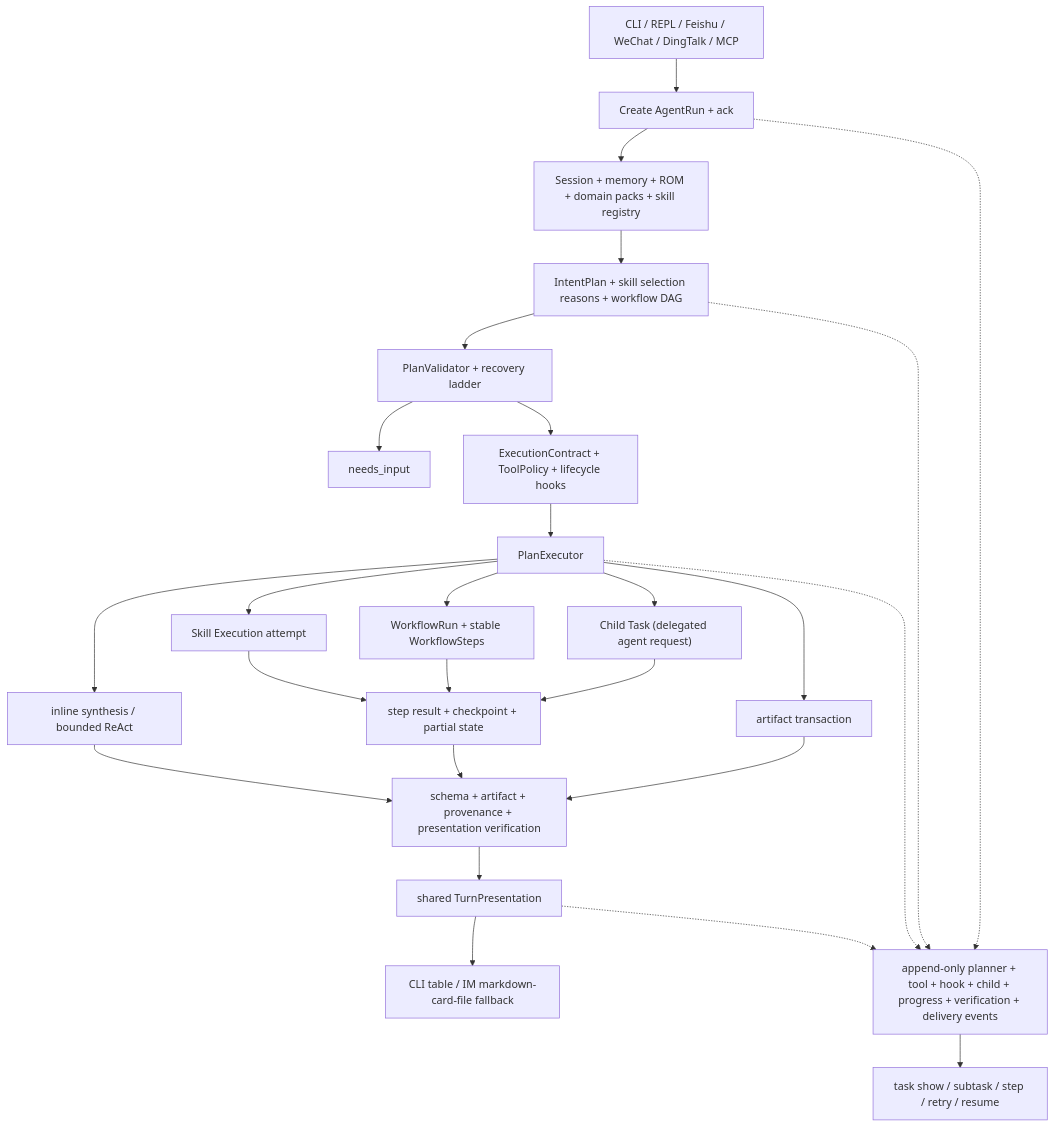
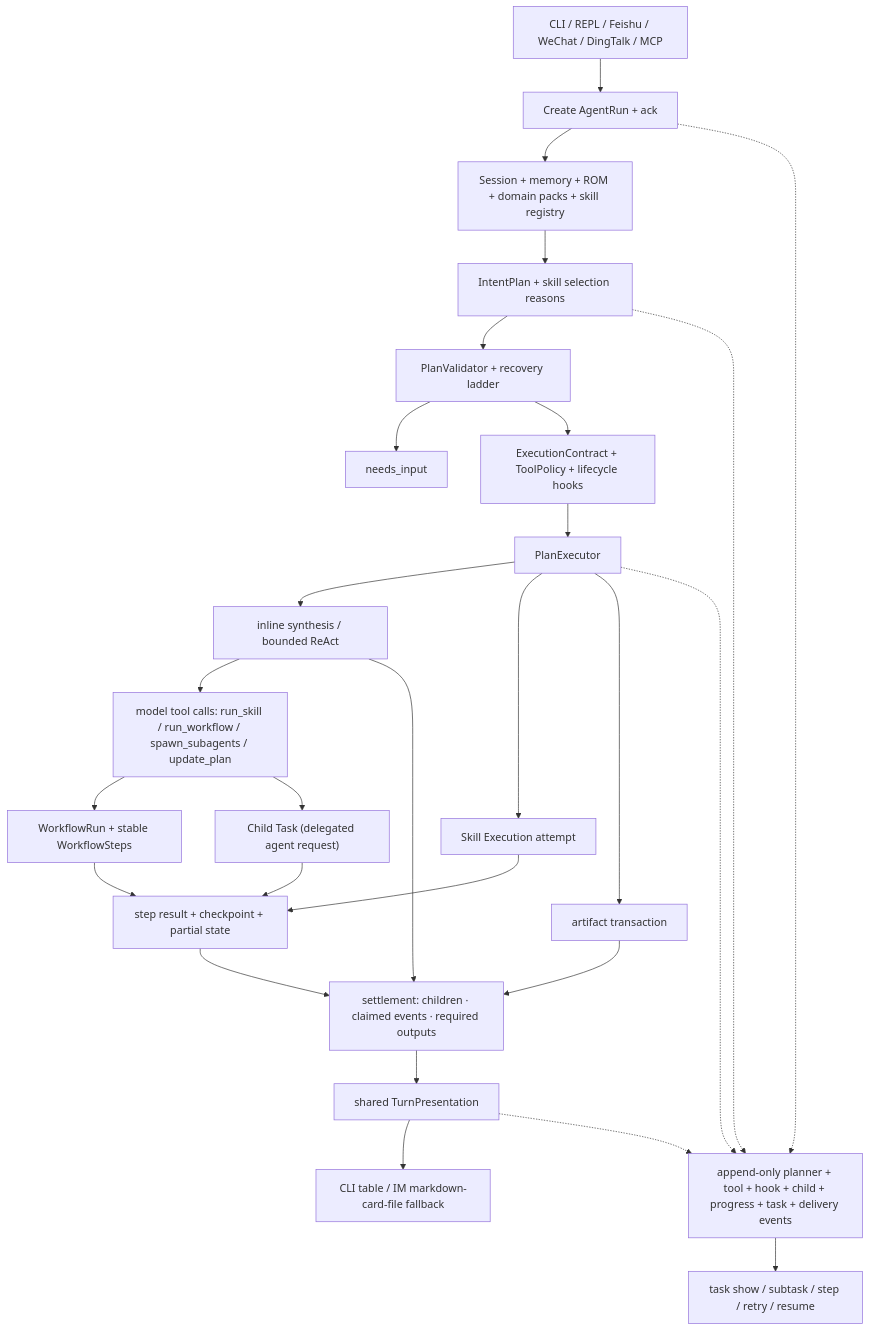
Before and after one commit to tsinghua-fib-lab/OmniScientist-V2: the first of 2 diagrams in cli/docs/architecture.md, drawn with Mermaid. The commit also changed other lines of this file and 927 other files, not shown here.

````diff
--- a/cli/docs/architecture.md
+++ b/cli/docs/architecture.md
@@ -46,28 +46,29 @@
 ```mermaid
 flowchart TD
   User["CLI / REPL / Feishu / WeChat / DingTalk / MCP"] --> Run["Create AgentRun + ack"]
   Run --> Context["Session + memory + ROM + domain packs + skill registry"]
-  Context --> Plan["IntentPlan + skill selection reasons + workflow DAG"]
+  Context --> Plan["IntentPlan + skill selection reasons"]
   Plan --> Validate["PlanValidator + recovery ladder"]
   Validate --> Input["needs_input"]
   Validate --> Contract["ExecutionContract + ToolPolicy + lifecycle hooks"]
   Contract --> Execute["PlanExecutor"]
   Execute --> Inline["inline synthesis / bounded ReAct"]
   Execute --> SkillExec["Skill Execution attempt"]
-  Execute --> DAG["WorkflowRun + stable WorkflowSteps"]
-  Execute --> Delegated["Child Task (delegated agent request)"]
   Execute --> Artifact["artifact transaction"]
+  Inline --> Tools["model tool calls: run_skill / run_workflow / spawn_subagents / update_plan"]
+  Tools --> DAG["WorkflowRun + stable WorkflowSteps"]
+  Tools --> Delegated["Child Task (delegated agent request)"]
   DAG --> Checkpoint["step result + checkpoint + partial state"]
   SkillExec --> Checkpoint
   Delegated --> Checkpoint
-  Checkpoint --> Verify["schema + artifact + provenance + presentation verification"]
-  Inline --> Verify
-  Artifact --> Verify
-  Verify --> Present["shared TurnPresentation"]
+  Checkpoint --> Settle["settlement: children · claimed events · required outputs"]
+  Inline --> Settle
+  Artifact --> Settle
+  Settle --> Present["shared TurnPresentation"]
   Present --> Render["CLI table / IM markdown-card-file fallback"]
-  Run -.-> Events["append-only planner + tool + hook + child + progress + verification + delivery events"]
+  Run -.-> Events["append-only planner + tool + hook + child + progress + task + delivery events"]
   Plan -.-> Events
   Execute -.-> Events
   Present -.-> Events
   Events --> Inspect["task show / subtask / step / retry / resume"]
 ```
````
